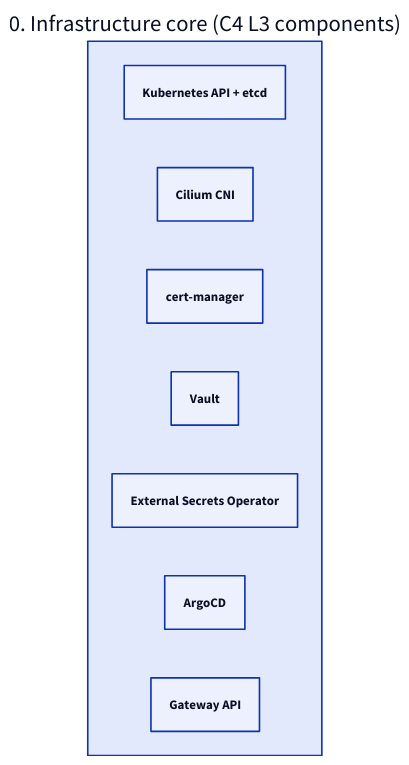
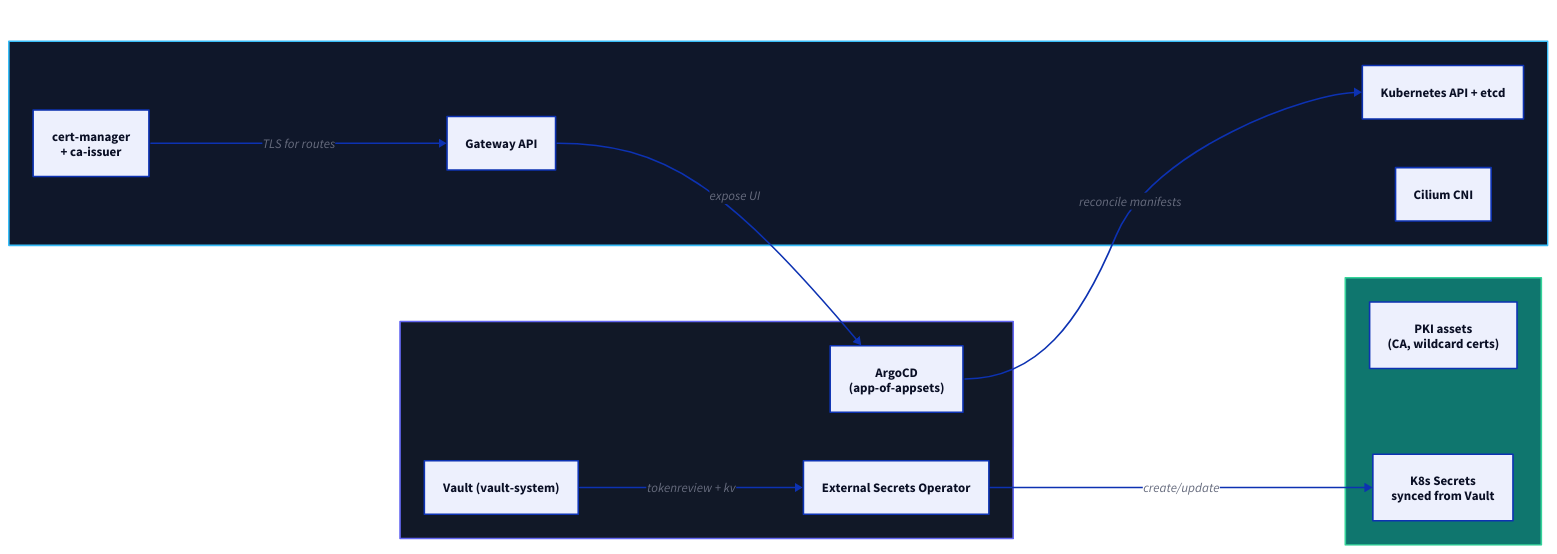
The diagram in Docs/architecture/infrastructure.md (rou-cru/idp-blueprint), drawn with D2 before and after one commit. The commit also changed other lines of this file and 22 other files, not shown here.

````diff
--- a/Docs/architecture/infrastructure.md
+++ b/Docs/architecture/infrastructure.md
@@ -83,14 +83,35 @@
 ```d2
 direction: right
 
-InfraCore: {
-  label: "0. Infrastructure core (C4 L3 components)"
-  K8sAPI: "Kubernetes API + etcd"
+classes: { infra: { style.fill: "#0f172a"; style.stroke: "#38bdf8"; style.font-color: white }
+           control: { style.fill: "#111827"; style.stroke: "#6366f1"; style.font-color: white }
+           data: { style.fill: "#0f766e"; style.stroke: "#34d399"; style.font-color: white } }
+
+Cluster: {
+  class: infra
+  label: "Infrastructure core"
+  API: "Kubernetes API + etcd"
   Cilium: "Cilium CNI"
-  Cert: "cert-manager"
-  Vault: "Vault"
+  Gateway: "Gateway API"
+  Cert: "cert-manager\n+ ca-issuer"
+}
+
+Control: {
+  class: control
+  Vault: "Vault (vault-system)"
   ESO: "External Secrets Operator"
-  ArgoCD: "ArgoCD"
-  Gateway: "Gateway API"
+  Argo: "ArgoCD\n(app-of-appsets)"
 }
+
+Data: {
+  class: data
+  PKI: "PKI assets\n(CA, wildcard certs)"
+  Secrets: "K8s Secrets\nsynced from Vault"
+}
+
+Control.Vault -> Control.ESO: "tokenreview + kv"
+Control.ESO -> Data.Secrets: "create/update"
+Control.Argo -> Cluster.API: "reconcile manifests"
+Cluster.Cert -> Cluster.Gateway: "TLS for routes"
+Cluster.Gateway -> Control.Argo: "expose UI"
 ```
````
